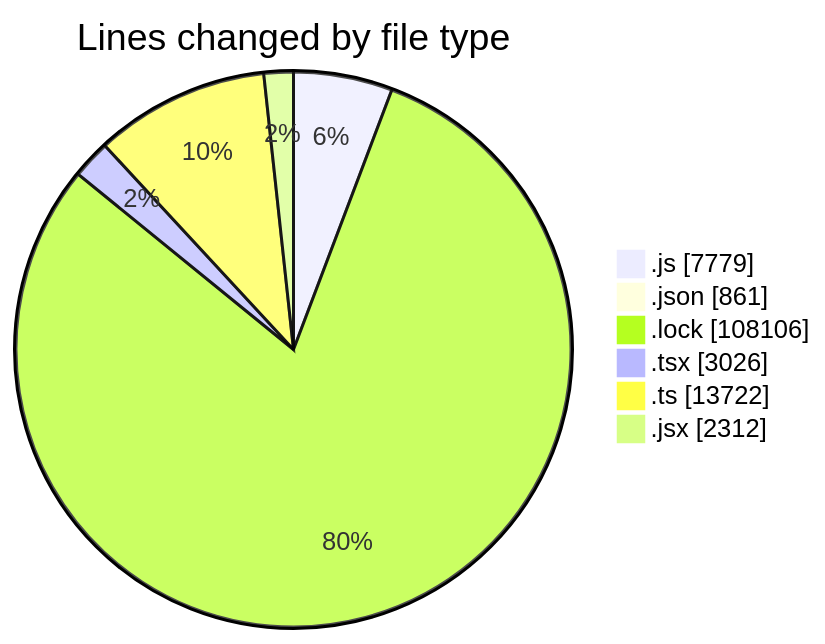
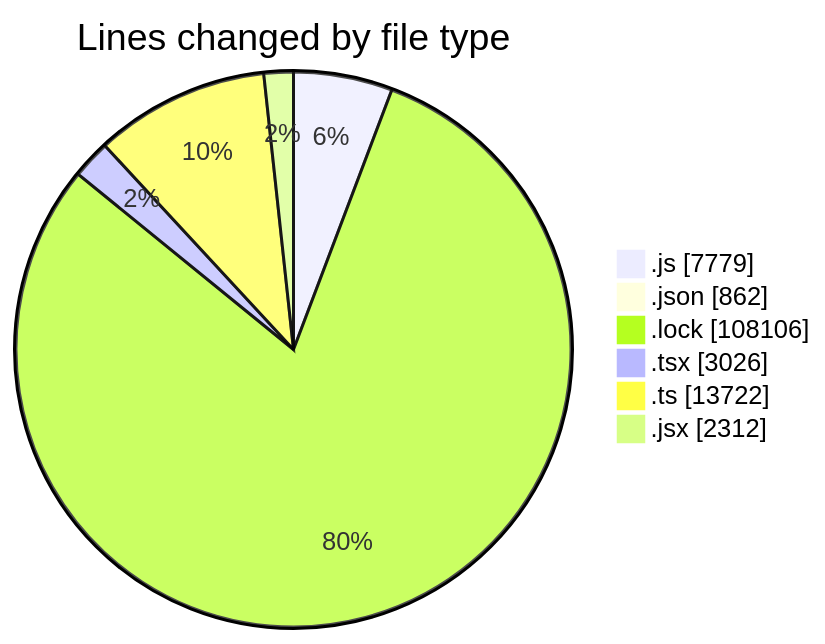
The first of 2 diagrams in 2025-12-18/cda/README.md (momahboobian/code-tracking), drawn with Mermaid before and after one commit. The commit also changed other lines of this file and 1 other file, not shown here.

````diff
--- a/2025-12-18/cda/README.md
+++ b/2025-12-18/cda/README.md
@@ -106,10 +106,10 @@
 ```mermaid
 pie showData
 title Lines changed by file type
 ".js" : 7779
-".json" : 861
+".json" : 862
 ".lock" : 108106
 ".tsx" : 3026
 ".ts" : 13722
 ".jsx" : 2312
 ```
````
